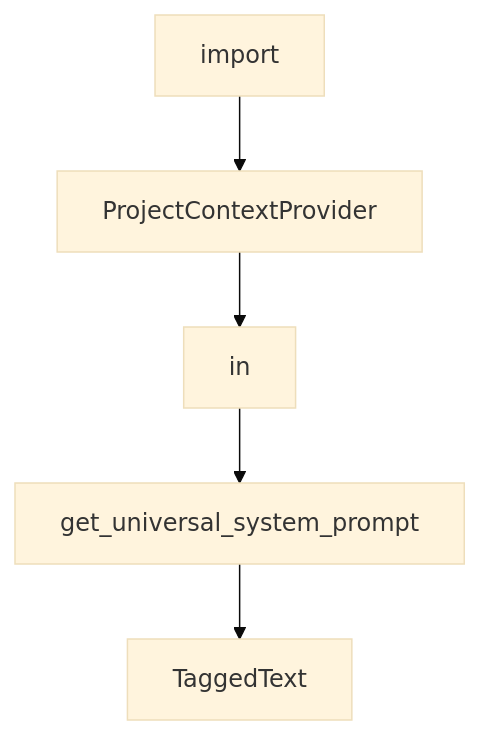
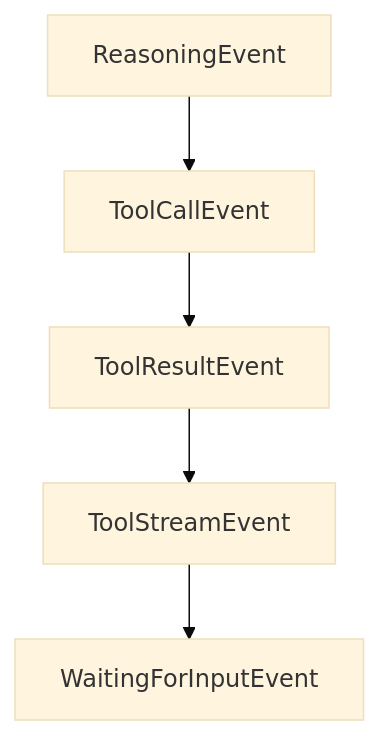
The diagram in tutorials/mistral-vibe-tutorial/04-skills-and-slash-command-extensions.md (johnxie/awesome-code-docs), drawn with Mermaid (base theme) before and after one commit. The commit also changed other lines of this file and 1232 other files, not shown here.

````diff
--- a/tutorials/mistral-vibe-tutorial/04-skills-and-slash-command-extensions.md
+++ b/tutorials/mistral-vibe-tutorial/04-skills-and-slash-command-extensions.md
@@ -208,12 +208,12 @@
 ```mermaid
 flowchart TD
-    A[import]
-    B[ProjectContextProvider]
-    C[in]
-    D[get_universal_system_prompt]
-    E[TaggedText]
+    A[ReasoningEvent]
+    B[ToolCallEvent]
+    C[ToolResultEvent]
+    D[ToolStreamEvent]
+    E[WaitingForInputEvent]
     A --> B
     B --> C
     C --> D
     D --> E
 ```
````
